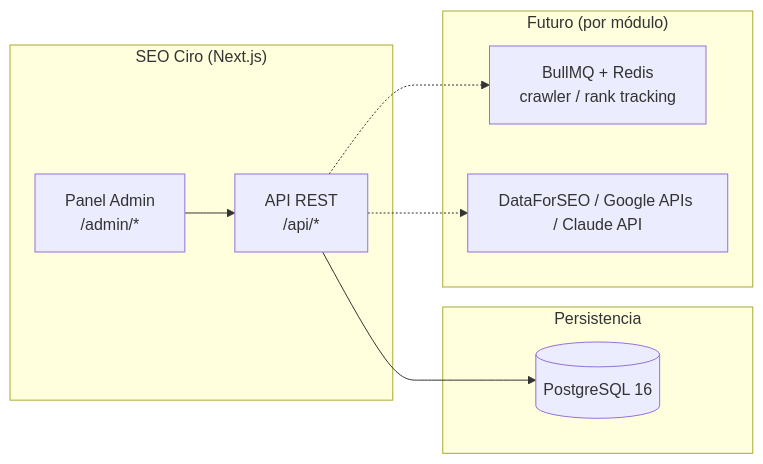
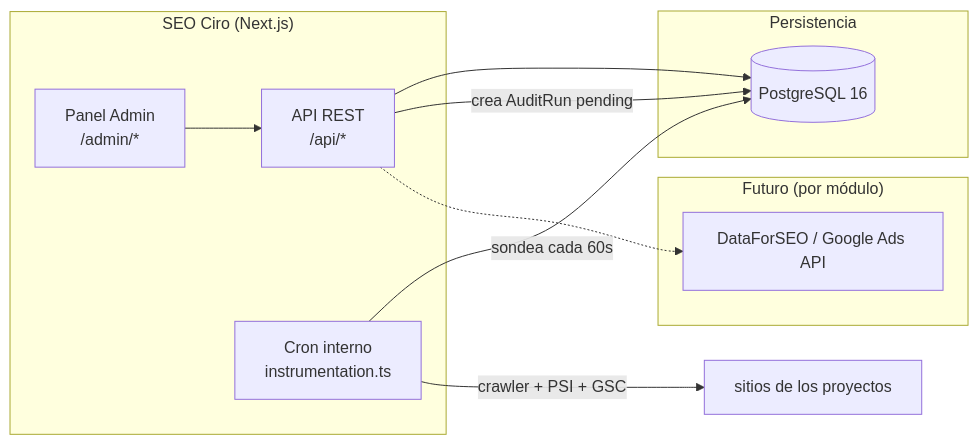
The diagram in docs/02-arquitectura.md (OmarPumariega/seo-ciro), drawn with Mermaid before and after one commit. The commit also changed other lines of this file and 22 other files, not shown here.

````diff
--- a/docs/02-arquitectura.md
+++ b/docs/02-arquitectura.md
@@ -11,21 +11,23 @@
 ```mermaid
 flowchart LR
     subgraph "SEO Ciro (Next.js)"
         ADM[Panel Admin<br/>/admin/*]
         API[API REST<br/>/api/*]
+        CRON[Cron interno<br/>instrumentation.ts]
     end
 
     subgraph "Persistencia"
         DB[(PostgreSQL 16)]
     end
 
     subgraph "Futuro (por módulo)"
-        Q[BullMQ + Redis<br/>crawler / rank tracking]
-        EXT[DataForSEO / Google APIs / Claude API]
+        EXT[DataForSEO / Google Ads API]
     end
 
     ADM --> API
     API --> DB
-    API -.-> Q
+    API -->|crea AuditRun pending| DB
+    CRON -->|sondea cada 60s| DB
+    CRON -->|crawler + PSI + GSC| WEB[sitios de los proyectos]
     API -.-> EXT
 ```
````
